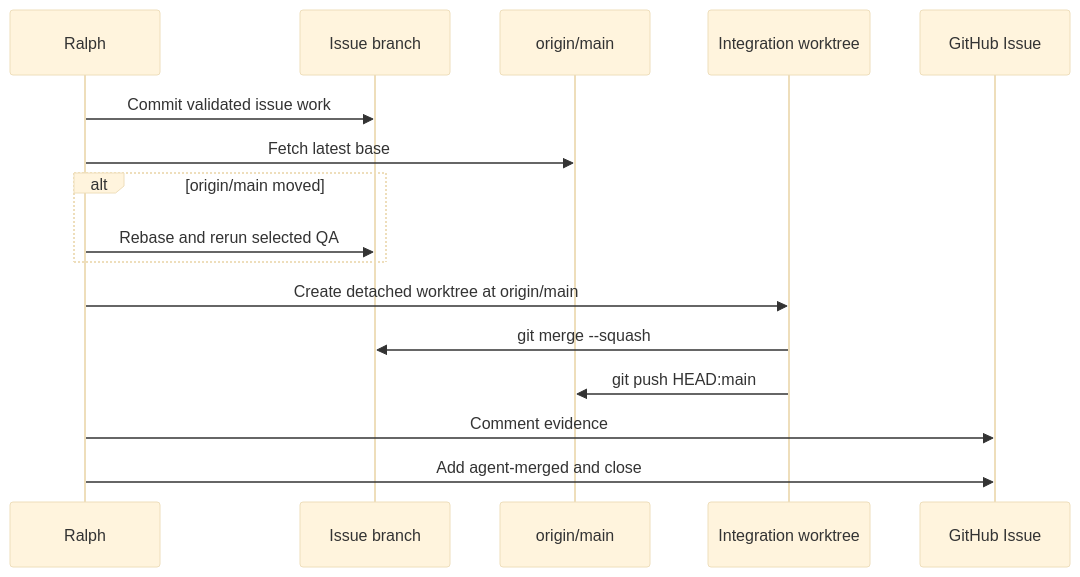
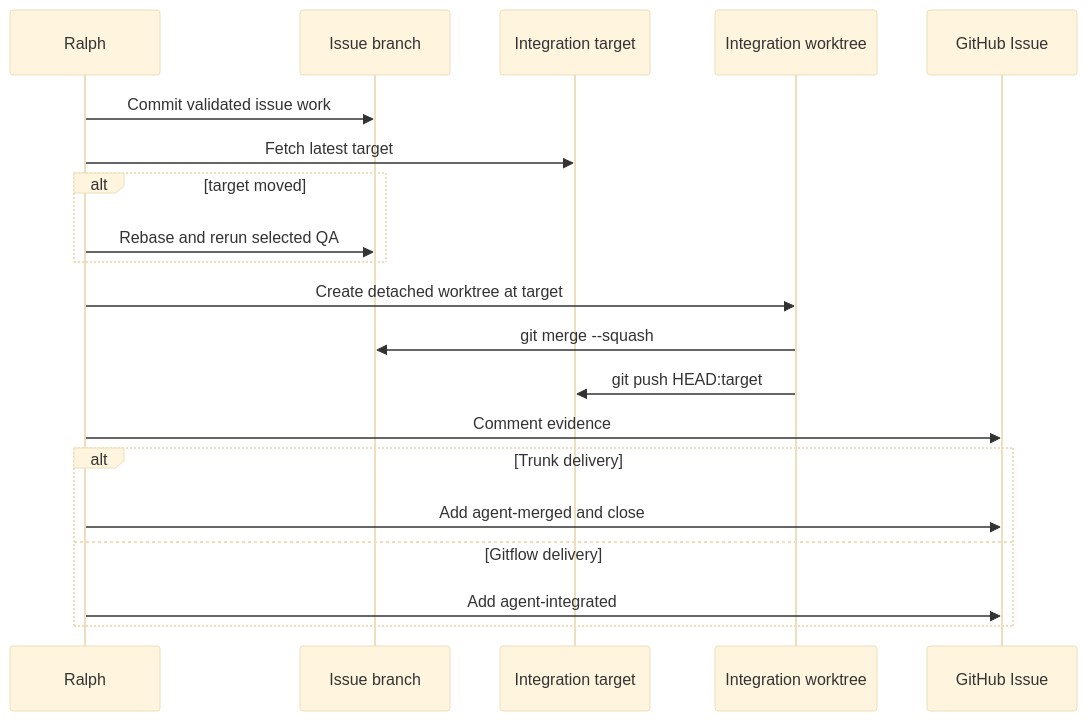
The second of 2 diagrams in docs/agent-issue-loop.md (Chr1sC0de/energy-market-delta-lake), drawn with Mermaid (base theme) before and after one commit. The commit also changed other lines of this file and 14 other files, not shown here.

Commit message:
Add Ralph delivery modes and triage skills

````diff
--- a/docs/agent-issue-loop.md
+++ b/docs/agent-issue-loop.md
@@ -160,19 +216,23 @@
 ```mermaid
 sequenceDiagram
   participant Ralph
   participant IssueBranch as Issue branch
-  participant Origin as origin/main
+  participant Target as Integration target
   participant Integration as Integration worktree
   participant GitHubIssue as GitHub Issue
 
   Ralph->>IssueBranch: Commit validated issue work
-  Ralph->>Origin: Fetch latest base
-  alt origin/main moved
+  Ralph->>Target: Fetch latest target
+  alt target moved
     Ralph->>IssueBranch: Rebase and rerun selected QA
   end
-  Ralph->>Integration: Create detached worktree at origin/main
+  Ralph->>Integration: Create detached worktree at target
   Integration->>IssueBranch: git merge --squash
-  Integration->>Origin: git push HEAD:main
+  Integration->>Target: git push HEAD:target
   Ralph->>GitHubIssue: Comment evidence
-  Ralph->>GitHubIssue: Add agent-merged and close
+  alt Trunk delivery
+    Ralph->>GitHubIssue: Add agent-merged and close
+  else Gitflow delivery
+    Ralph->>GitHubIssue: Add agent-integrated
+  end
 ```
````
